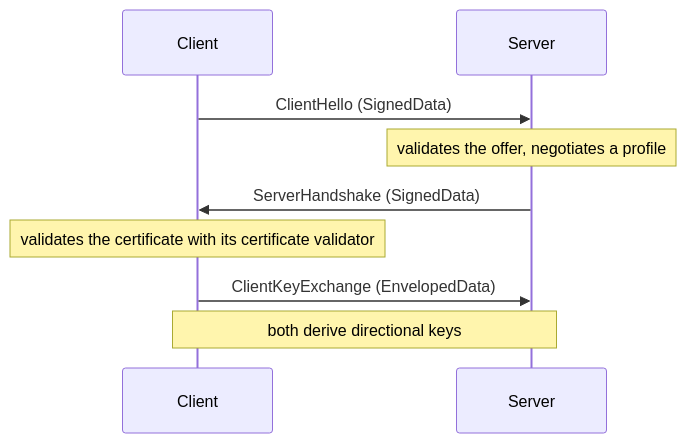
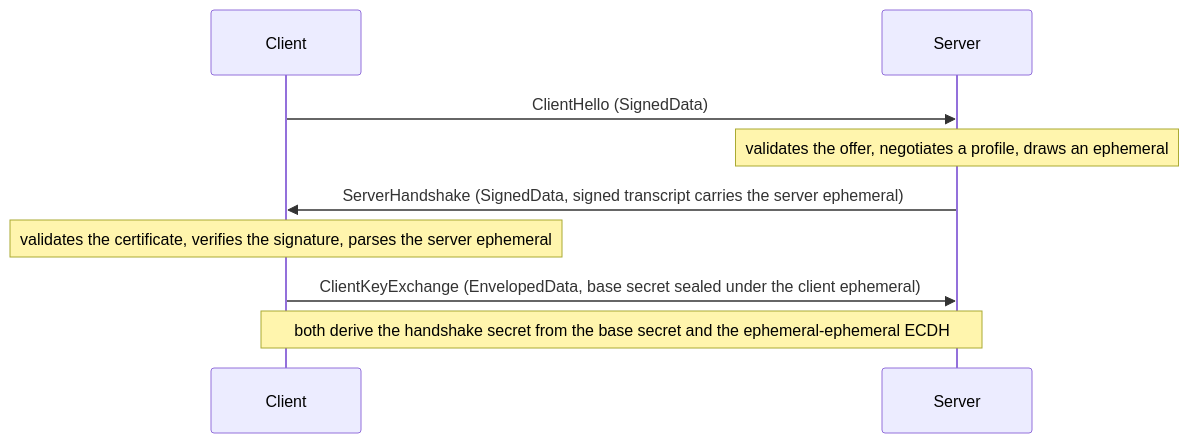
The second of 7 diagrams in docs/handshake.md (wahidgroup/tightbeam), drawn with Mermaid before and after one commit. The commit also changed other lines of this file and 34 other files, not shown here.

Commit message:
fix(handshake)!: forward secrecy in both handshakes

````diff
--- a/docs/handshake.md
+++ b/docs/handshake.md
@@ -84,11 +100,11 @@
 ```mermaid
 sequenceDiagram
     participant C as Client
     participant S as Server
     C->>S: ClientHello (SignedData)
-    Note over S: validates the offer, negotiates a profile
-    S->>C: ServerHandshake (SignedData)
-    Note over C: validates the certificate with its certificate validator
-    C->>S: ClientKeyExchange (EnvelopedData)
-    Note over C,S: both derive directional keys
+    Note over S: validates the offer, negotiates a profile, draws an ephemeral
+    S->>C: ServerHandshake (SignedData, signed transcript carries the server ephemeral)
+    Note over C: validates the certificate, verifies the signature, parses the server ephemeral
+    C->>S: ClientKeyExchange (EnvelopedData, base secret sealed under the client ephemeral)
+    Note over C,S: both derive the handshake secret from the base secret and the ephemeral-ephemeral ECDH
 ```
````
